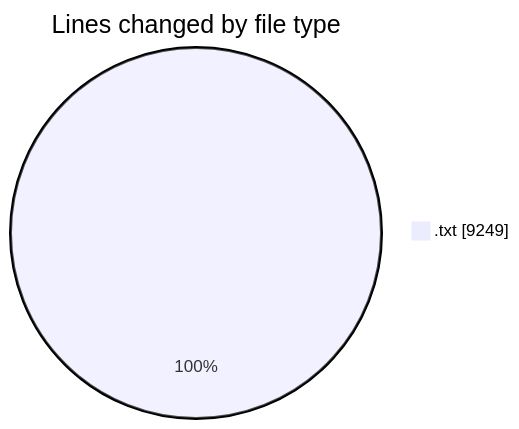
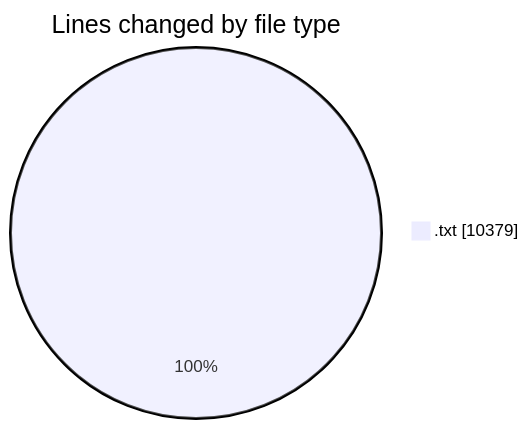
Before and after one commit to ricardozamudiocil/code-tracking: the first of 2 diagrams in 2026-11-23/informesdocpath/README.md, drawn with Mermaid. The commit also changed other lines of this file and 1 other file, not shown here.

````diff
--- a/2026-11-23/informesdocpath/README.md
+++ b/2026-11-23/informesdocpath/README.md
@@ -21,5 +22,5 @@
 ```mermaid
 pie showData
 title Lines changed by file type
-".txt" : 9249
+".txt" : 10379
 ```
````
